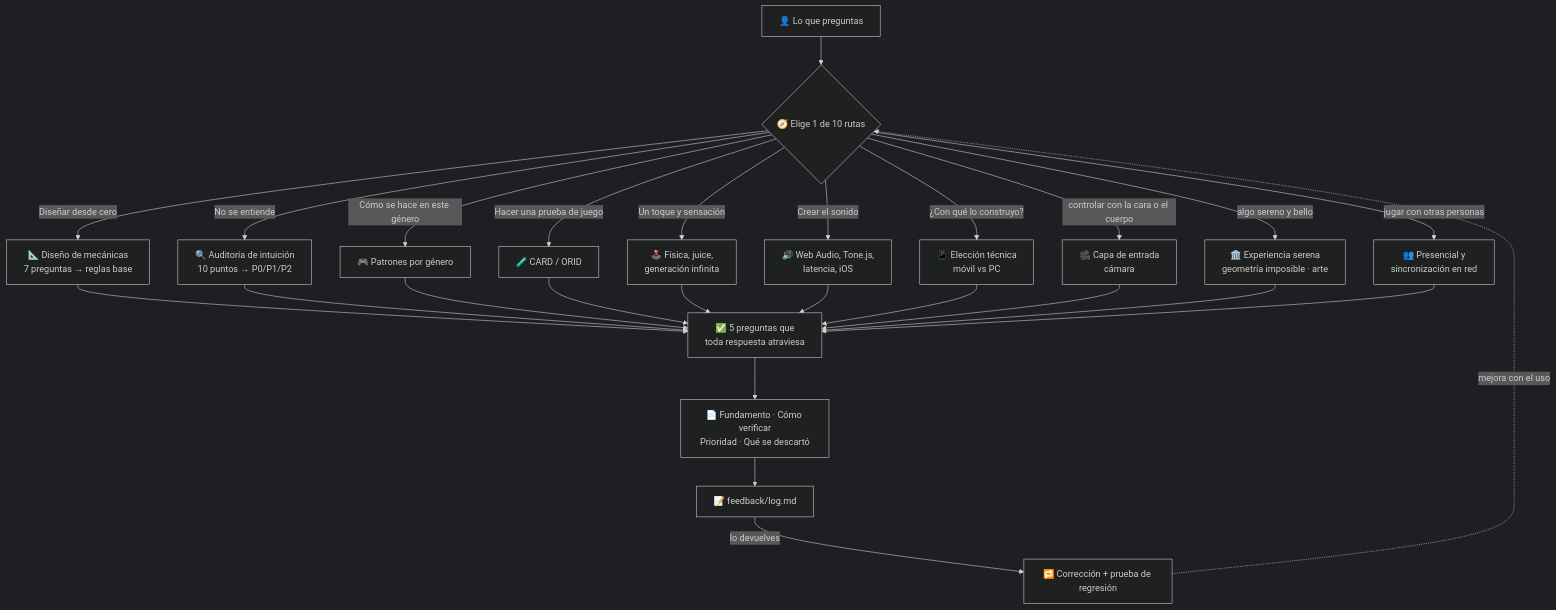
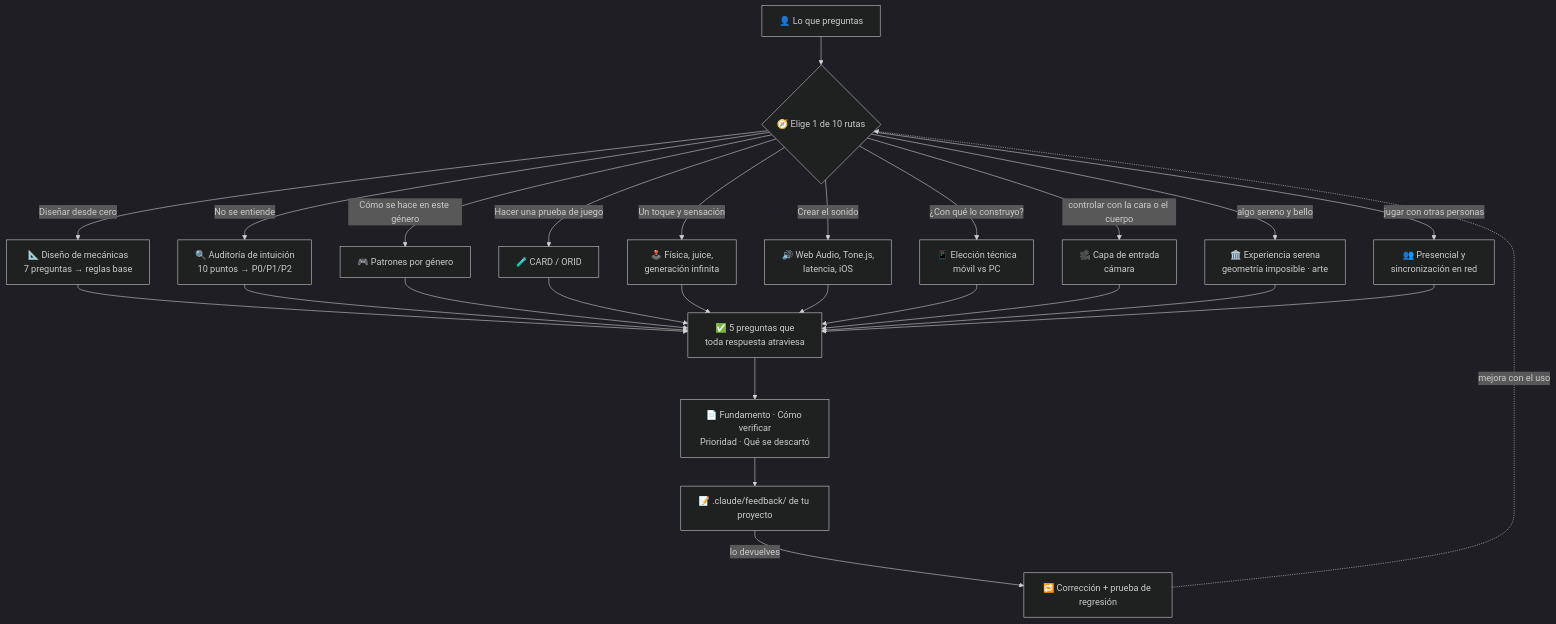
The diagram in README.es.md (takaoumehara/intuitive-game-design-skill), drawn with Mermaid (dark theme) before and after one commit. The commit also changed other lines of this file and 45 other files, not shown here.

````diff
--- a/README.es.md
+++ b/README.es.md
@@ -24,21 +27,21 @@
 ```mermaid
 flowchart TD
     U["👤 Lo que preguntas"] --> R{"🧭 Elige 1 de 10 rutas"}
 
     R -->|"Diseñar desde cero"| A["📐 Diseño de mecánicas<br/>7 preguntas → reglas base"]
     R -->|"No se entiende"| B["🔍 Auditoría de intuición<br/>10 puntos → P0/P1/P2"]
     R -->|"Cómo se hace en este género"| C["🎮 Patrones por género"]
     R -->|"Hacer una prueba de juego"| D["🧪 CARD / ORID"]
     R -->|"Un toque y sensación"| E["🕹️ Física, juice,<br/>generación infinita"]
     R -->|"Crear el sonido"| F["🔊 Web Audio, Tone.js,<br/>latencia, iOS"]
     R -->|"¿Con qué lo construyo?"| G["📱 Elección técnica<br/>móvil vs PC"]
     R -->|"controlar con la cara o el cuerpo"| H["🎥 Capa de entrada<br/>cámara"]
     R -->|"algo sereno y bello"| I["🏛️ Experiencia serena<br/>geometría imposible · arte"]
     R -->|"jugar con otras personas"| J["👥 Presencial y<br/>sincronización en red"]
 
     A & B & C & D & E & F & G & H & I & J --> Q["✅ 5 preguntas que<br/>toda respuesta atraviesa"]
     Q --> O["📄 Fundamento · Cómo verificar<br/>Prioridad · Qué se descartó"]
-    O --> L["📝 feedback/log.md"]
+    O --> L["📝 .claude/feedback/ de tu proyecto"]
     L -->|"lo devuelves"| FIX["🔁 Corrección + prueba de regresión"]
     FIX -.->|"mejora con el uso"| R
 ```
````
